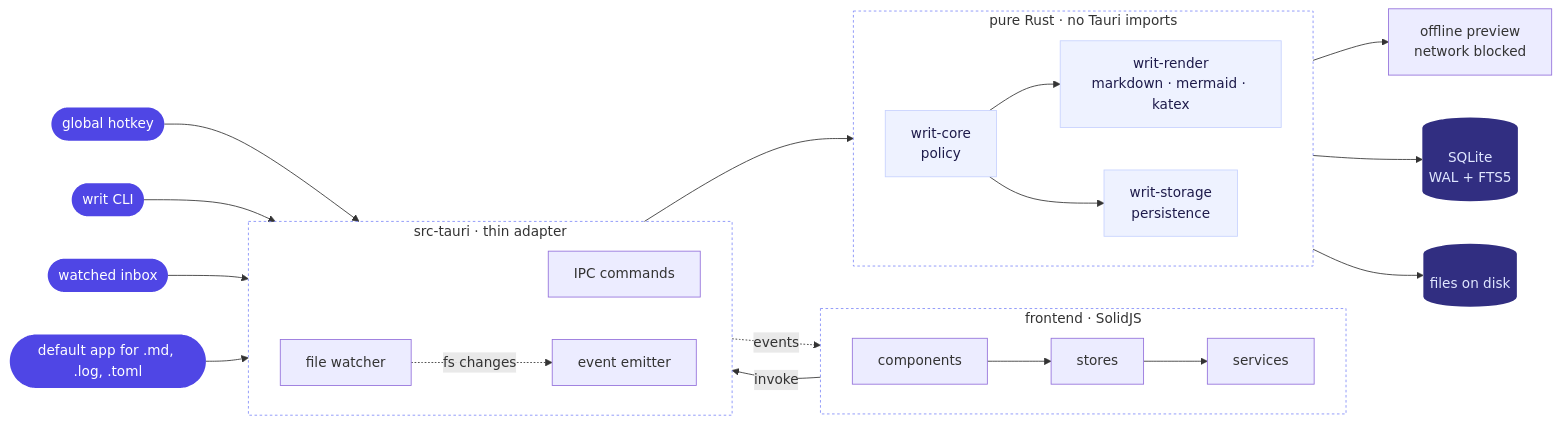
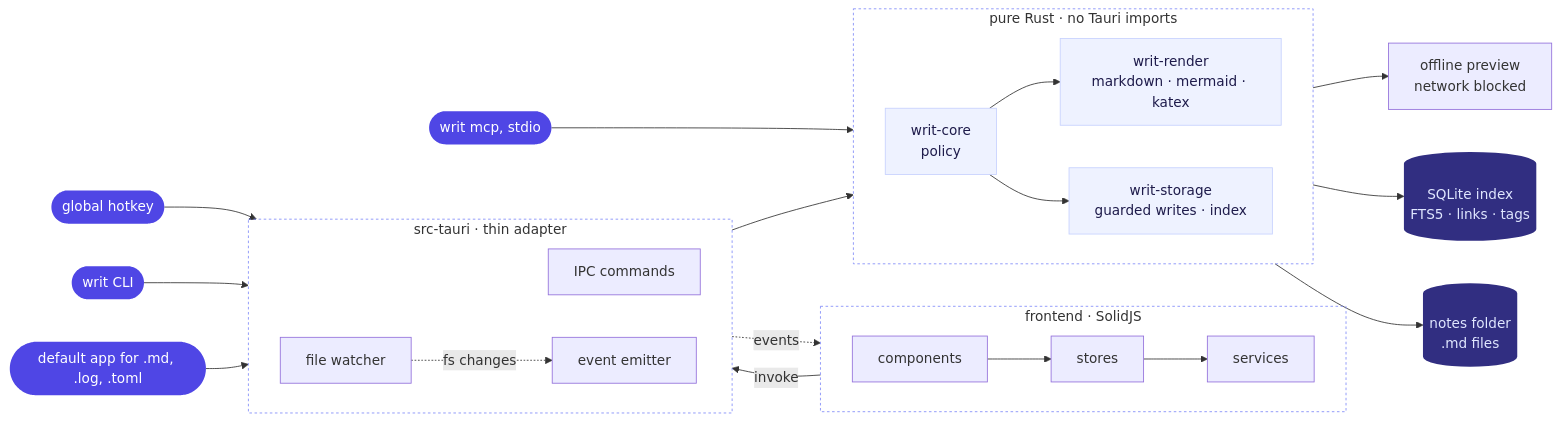
One commit to ibrahemid/writ changed the diagram in README.md. Above: the diagram before and after it, drawn with Mermaid. The commit also changed other lines of this file and 2 other files, not shown here.

````diff
--- a/README.md
+++ b/README.md
@@ -63,43 +69,44 @@
 ```mermaid
 flowchart LR
     classDef entry fill:#4f46e5,color:#fff,stroke:none
     classDef data fill:#312e81,color:#e0e7ff,stroke:none
     classDef crate fill:#eef2ff,color:#1e1b4b,stroke:#c7d2fe
     classDef zone fill:none,stroke:#818cf8,stroke-dasharray:3 3
 
     HK([global hotkey]):::entry
     CLI([writ CLI]):::entry
-    INBOX([watched inbox]):::entry
+    MCP([writ mcp, stdio]):::entry
     ASSOC([default app for .md, .log, .toml]):::entry
 
     subgraph FRONT [frontend · SolidJS]
         direction LR
         UI[components] --> ST[stores] --> SV[services]
     end
 
     subgraph SHELL [src-tauri · thin adapter]
         direction LR
         CMD[IPC commands]
         EVT[event emitter]
         FSW[file watcher]
     end
 
     subgraph CORE [pure Rust · no Tauri imports]
         direction LR
         WC[writ-core<br>policy]:::crate
         WR[writ-render<br>markdown · mermaid · katex]:::crate
-        WS[writ-storage<br>persistence]:::crate
+        WS[writ-storage<br>guarded writes · index]:::crate
     end
 
-    HK & CLI & INBOX & ASSOC --> SHELL
+    HK & CLI & ASSOC --> SHELL
+    MCP --> WS
     SV -- invoke --> CMD
     EVT -. events .-> SV
     FSW -. fs changes .-> EVT
     CMD --> WC
     WC --> WR --> PV[offline preview<br>network blocked]
     WC --> WS
-    WS --> DB[(SQLite<br>WAL + FTS5)]:::data
-    WS --> FS[(files on disk)]:::data
+    WS --> DB[(SQLite index<br>FTS5 · links · tags)]:::data
+    WS --> FS[(notes folder<br>.md files)]:::data
 
     class FRONT,SHELL,CORE zone
 ```
````
